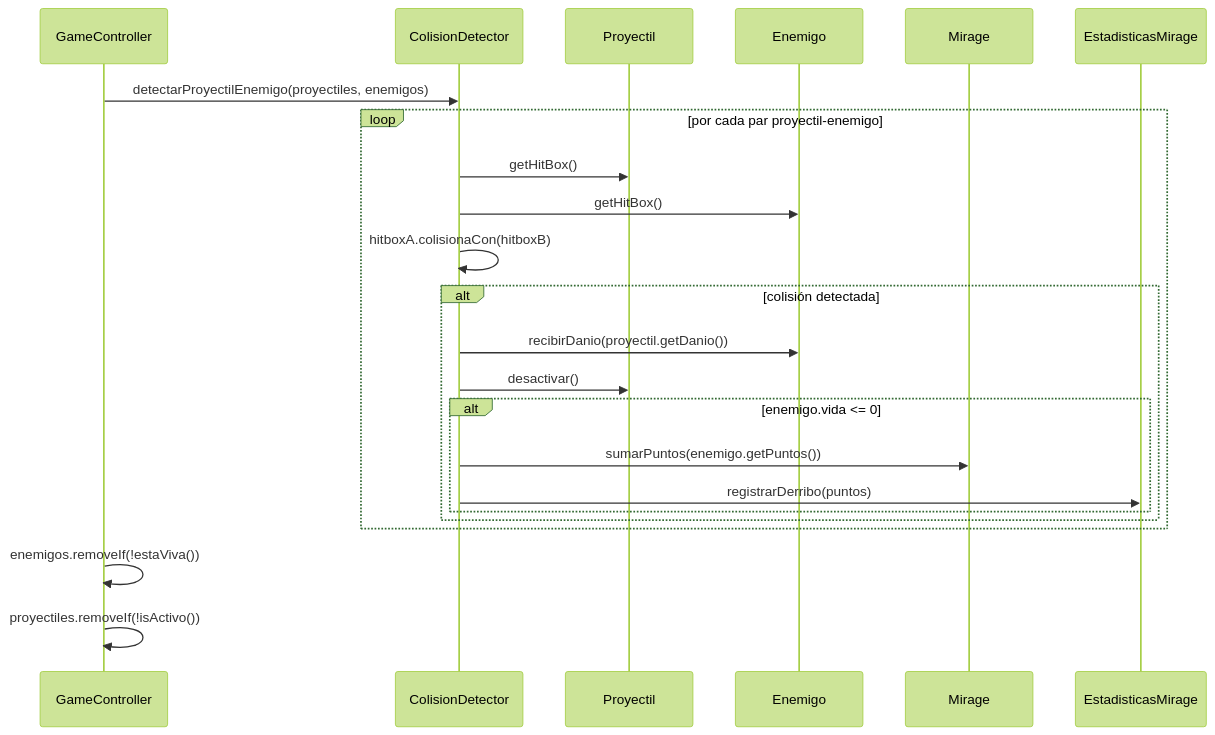
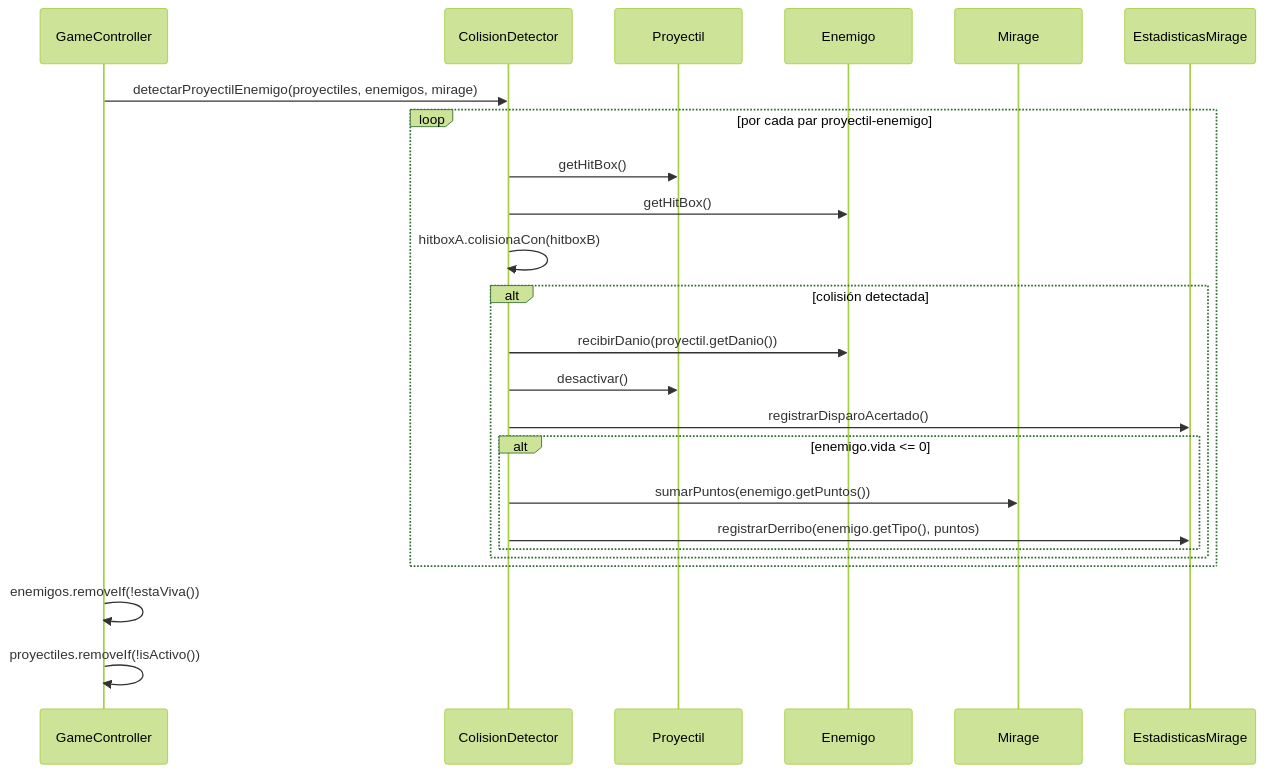
One commit to Christian-Rojas-Rodriguez/juego-1982 changed the fourth of 12 diagrams in docs/analisis/casos-de-uso.md. Above: the diagram before and after it, drawn with Mermaid (forest theme). The commit also changed other lines of this file and 3 other files, not shown here.

````diff
--- a/docs/analisis/casos-de-uso.md
+++ b/docs/analisis/casos-de-uso.md
@@ -108,26 +160,27 @@
 ```mermaid
 sequenceDiagram
     participant GameController
     participant ColisionDetector
     participant Proyectil
     participant Enemigo
     participant Mirage
     participant EstadisticasMirage
 
-    GameController->>ColisionDetector: detectarProyectilEnemigo(proyectiles, enemigos)
+    GameController->>ColisionDetector: detectarProyectilEnemigo(proyectiles, enemigos, mirage)
     loop por cada par proyectil-enemigo
         ColisionDetector->>Proyectil: getHitBox()
         ColisionDetector->>Enemigo: getHitBox()
         ColisionDetector->>ColisionDetector: hitboxA.colisionaCon(hitboxB)
         alt colisión detectada
             ColisionDetector->>Enemigo: recibirDanio(proyectil.getDanio())
             ColisionDetector->>Proyectil: desactivar()
+            ColisionDetector->>EstadisticasMirage: registrarDisparoAcertado()
             alt enemigo.vida <= 0
                 ColisionDetector->>Mirage: sumarPuntos(enemigo.getPuntos())
-                ColisionDetector->>EstadisticasMirage: registrarDerribo(puntos)
+                ColisionDetector->>EstadisticasMirage: registrarDerribo(enemigo.getTipo(), puntos)
             end
         end
     end
     GameController->>GameController: enemigos.removeIf(!estaViva())
     GameController->>GameController: proyectiles.removeIf(!isActivo())
 ```
````
